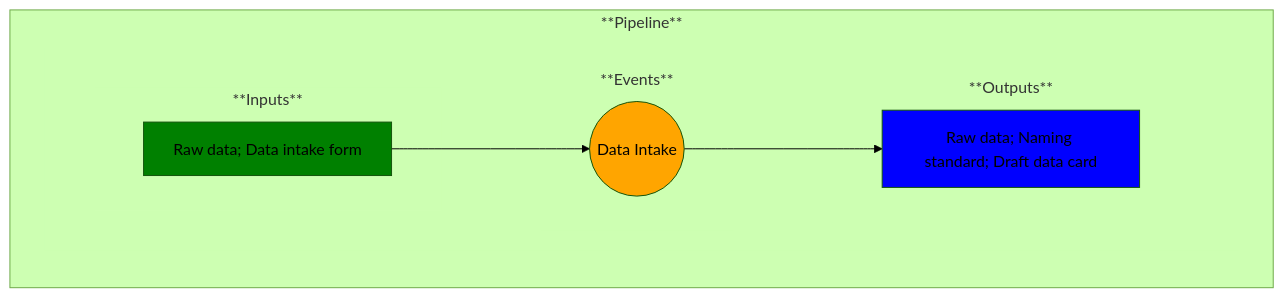
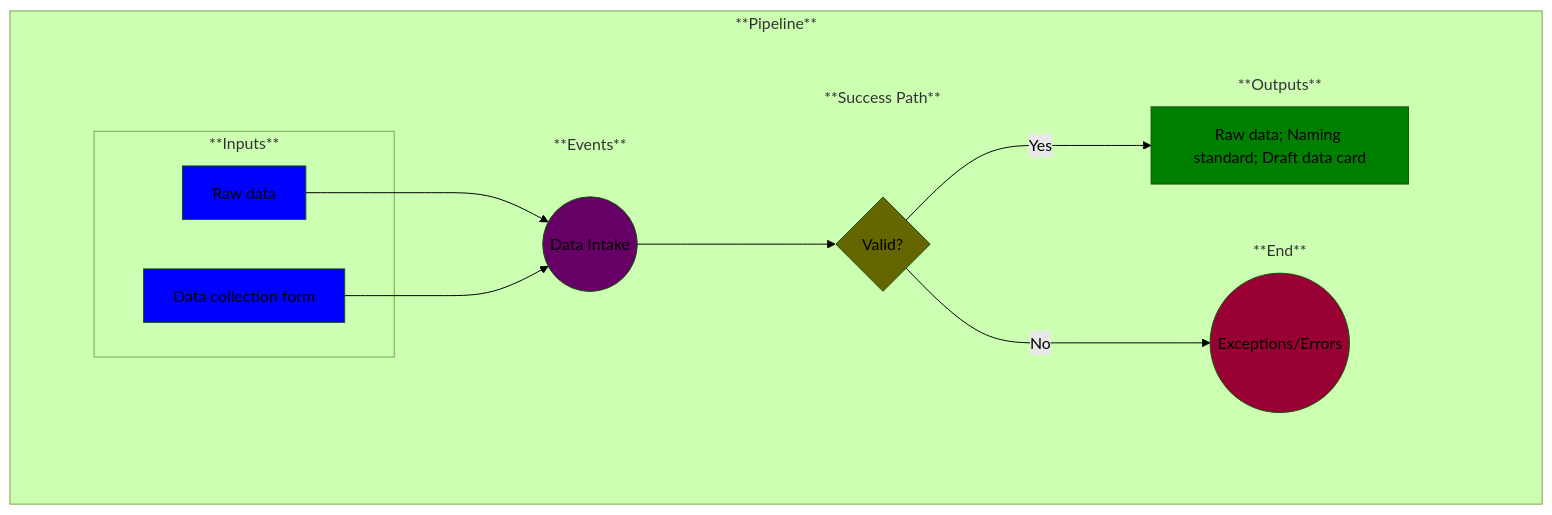
Before and after one commit to MLOps-OpenAPI/arch-diagrams: the diagram in use-cases/1-data-intake.md, drawn with Mermaid (forest theme). The commit also changed other lines of this file and 2 other files, not shown here.

Commit message:
Revised UC1-3 with common template

````diff
--- a/use-cases/1-data-intake.md
+++ b/use-cases/1-data-intake.md
@@ -18,49 +18,71 @@
 ```mermaid
 
 %% Creating a left-to-right flowchart
 %% Learn the syntax here: https://mermaid.js.org/syntax/flowchart.html
 %% Note: flowchart and graph are the same in Mermaid
 graph LR;
 
     %% Define the common flow items:
     subgraph Pipeline ["**Pipeline**"]
         
         %% Add an empty node to overcome some formatting issues
         subgraph invisibleSpace["<br/>"]
 
             %% Add the rest of the nodes
             subgraph Inputs ["**Inputs**"]
-                A 
+                A1
+            end            
+            subgraph Inputs ["**Inputs**"]
+                A2
             end
             subgraph Events ["**Events**"]
                 B
             end
-            subgraph Outputs ["**Outputs**"]
+            subgraph Success ["**Success Path**"]
                 C
             end
+            subgraph End ["**End**"]
+                D
+            end
+            subgraph Outputs ["**Outputs**"]
+                E
+            end
         end
-        A-->B
+        A1-->B
+        A2-->B
+        B-->C
         %%C--> | test text | D
-        B-->C
-        %%D--> | test text | E
+        C--> | No | D
+        C--> | Yes | E
     end
 
     %% Now label and style the blocks
     %% Note: You could have done this above, but I find this to be cleaner and easier to manage
 
-    A[Raw data; Data intake form]
-    style A fill:green
+    A1[Raw data]
+    style A1 fill:blue
+
+    A2[Data collection form]
+    style A2 fill:blue
 
     B((Data Intake))
-    style B fill:orange
+    style B fill:#660066
 
-    C[Raw data; Naming standard; Draft data card]
-    style C fill:blue
+    C{Valid?}
+    style C fill:#666600
+
+    D((Exceptions/Errors))
+    style D fill:#990033
+
+    E[Raw data; Naming standard; Draft data card]
+    style E fill:green
 
     %% Remove unnecessary box outlines
     style invisibleSpace stroke-width:0
     style Inputs stroke-width:0
     style Events stroke-width:0
+    style Success stroke-width:0
     style Outputs stroke-width:0
+    style End stroke-width:0
 
 ```
````
